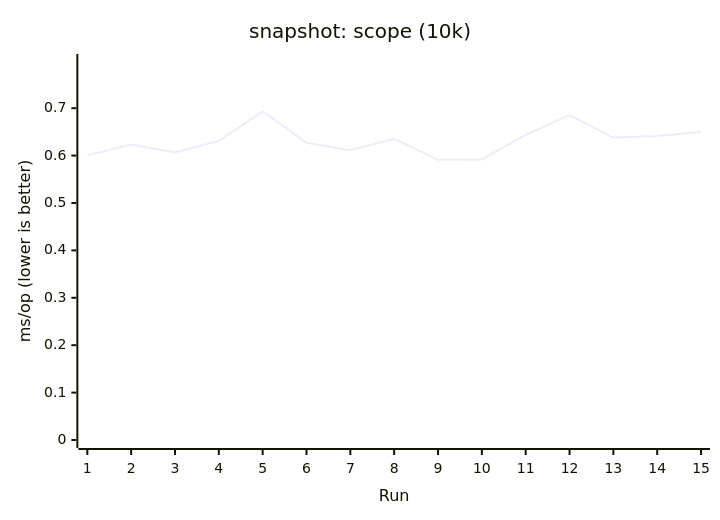
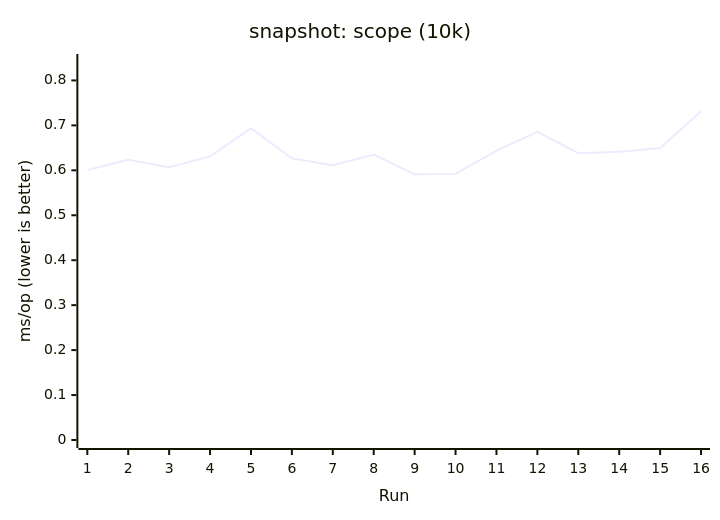
The second of 17 diagrams in apps/docs/src/content/docs/en/guides/benchmark.mdx (AIluffy/io), drawn with Mermaid before and after one commit. The commit also changed other lines of this file and 25 other files, not shown here.

````diff
--- a/apps/docs/src/content/docs/en/guides/benchmark.mdx
+++ b/apps/docs/src/content/docs/en/guides/benchmark.mdx
@@ -209,7 +192,7 @@
 ```mermaid
 xychart-beta
   title "snapshot: scope (10k)"
-  x-axis "Run" [1, 2, 3, 4, 5, 6, 7, 8, 9, 10, 11, 12, 13, 14, 15]
-  y-axis "ms/op (lower is better)" 0 --> 0.7974
-  line [0.6004, 0.6234, 0.6068, 0.631, 0.6934, 0.627, 0.6114, 0.6352, 0.591, 0.5919, 0.6436, 0.6856, 0.638, 0.6411, 0.6498]
+  x-axis "Run" [1, 2, 3, 4, 5, 6, 7, 8, 9, 10, 11, 12, 13, 14, 15, 16]
+  y-axis "ms/op (lower is better)" 0 --> 0.841
+  line [0.6004, 0.6234, 0.6068, 0.631, 0.6934, 0.627, 0.6114, 0.6352, 0.591, 0.5919, 0.6436, 0.6856, 0.638, 0.6411, 0.6498, 0.7313]
 ```
````
